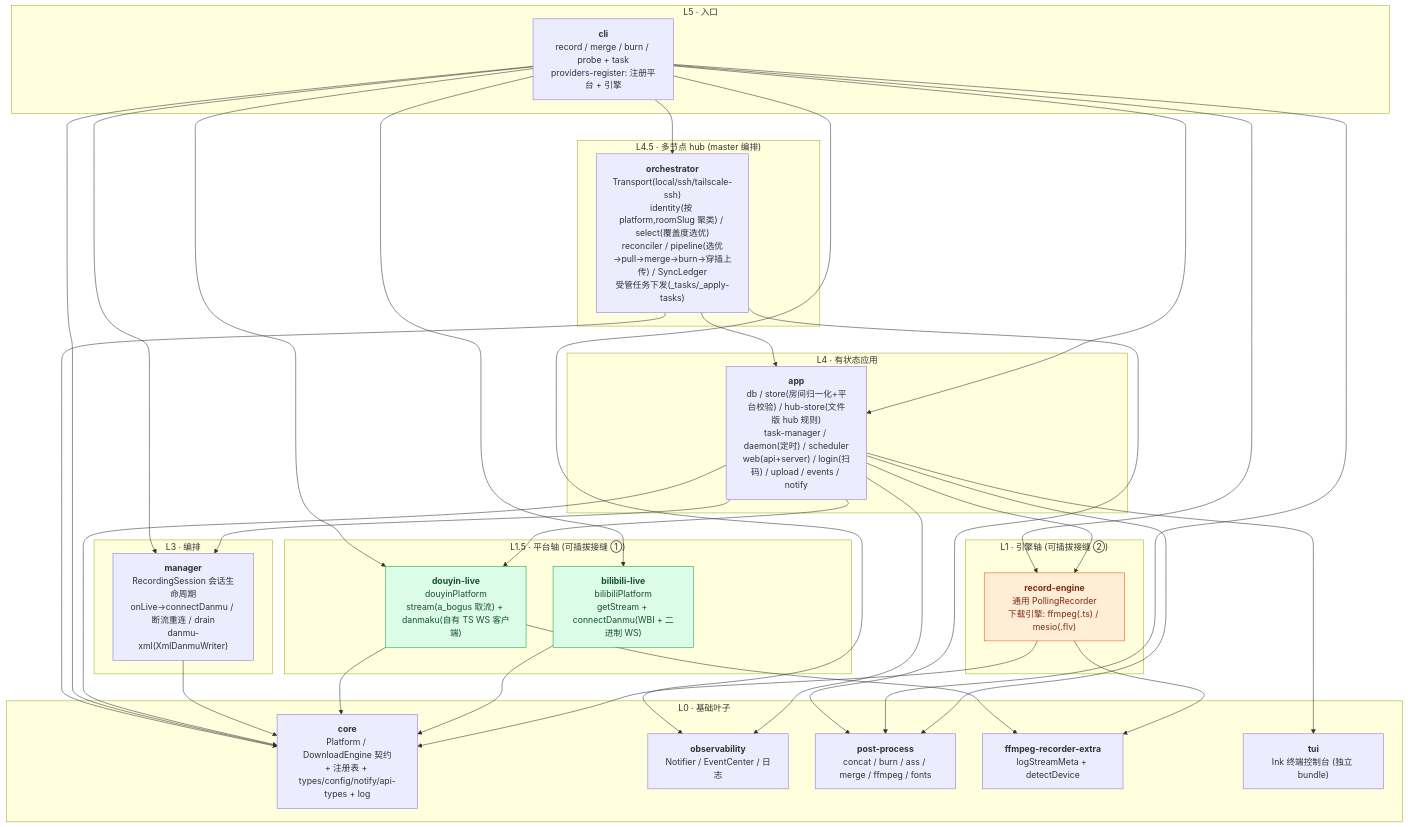
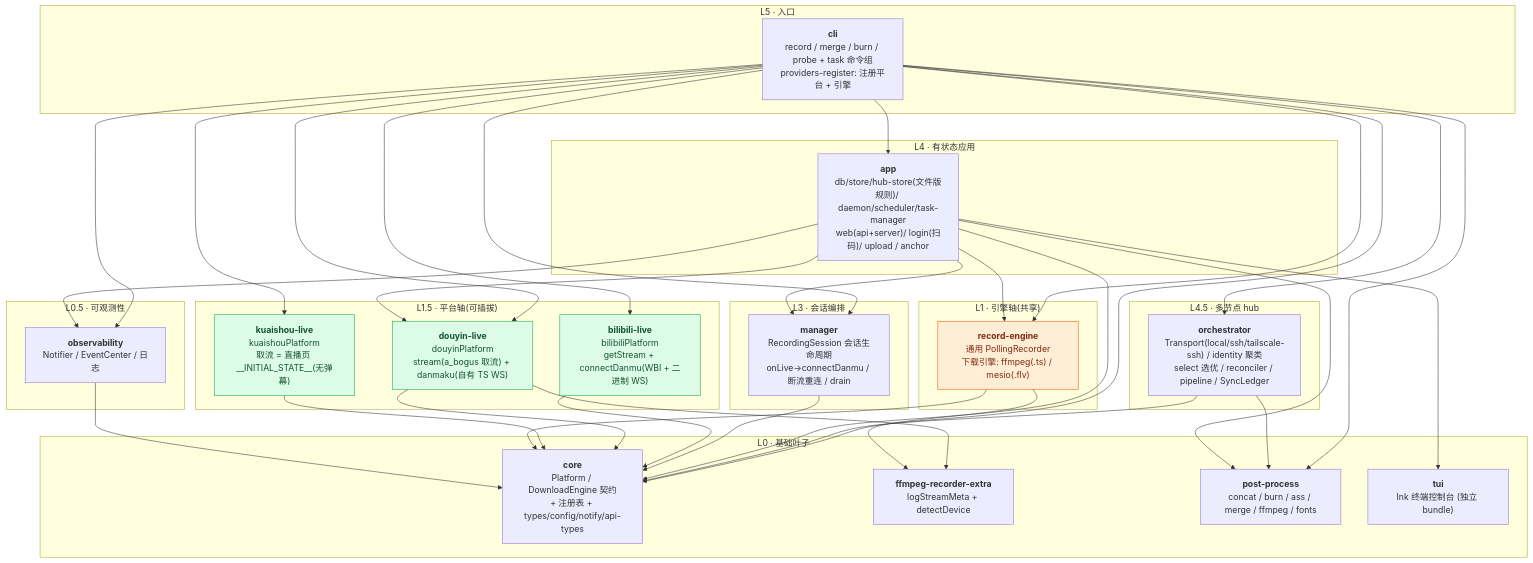
Before and after one commit to fuyucn/douyin-rec: the first of 3 diagrams in docs/architecture.md, drawn with Mermaid. The commit also changed other lines of this file and 4 other files, not shown here.

First line of the commit message:
docs(arch): mermaid 依赖图也改为生成 + 漂移守护测试

````diff
--- a/docs/architecture.md
+++ b/docs/architecture.md
@@ -20,60 +22,65 @@
 ```mermaid
 flowchart TB
   subgraph L5["L5 · 入口"]
-    cli["<b>cli</b><br/>record / merge / burn / probe + task<br/>providers-register: 注册平台 + 引擎"]
+    cli["<b>cli</b><br/>record / merge / burn / probe + task 命令组<br/>providers-register: 注册平台 + 引擎"]
   end
-  subgraph L45["L4.5 · 多节点 hub (master 编排)"]
-    orch["<b>orchestrator</b><br/>Transport(local/ssh/tailscale-ssh)<br/>identity(按 platform,roomSlug 聚类) / select(覆盖度选优)<br/>reconciler / pipeline(选优→pull→merge→burn→穿插上传) / SyncLedger<br/>受管任务下发(_tasks/_apply-tasks)"]
+  subgraph L45["L4.5 · 多节点 hub"]
+    orch["<b>orchestrator</b><br/>Transport(local/ssh/tailscale-ssh) / identity 聚类<br/>select 选优 / reconciler / pipeline / SyncLedger"]
   end
   subgraph L4["L4 · 有状态应用"]
-    app["<b>app</b><br/>db / store(房间归一化+平台校验) / hub-store(文件版 hub 规则)<br/>task-manager / daemon(定时) / scheduler<br/>web(api+server) / login(扫码) / upload / events / notify"]
+    app["<b>app</b><br/>db/store/hub-store(文件版规则)/ daemon/scheduler/task-manager<br/>web(api+server)/ login(扫码)/ upload / anchor"]
   end
-  subgraph L3["L3 · 编排"]
-    manager["<b>manager</b><br/>RecordingSession 会话生命周期<br/>onLive→connectDanmu / 断流重连 / drain<br/>danmu-xml(XmlDanmuWriter)"]
+  subgraph L3["L3 · 会话编排"]
+    manager["<b>manager</b><br/>RecordingSession 会话生命周期<br/>onLive→connectDanmu / 断流重连 / drain"]
   end
-  subgraph L15["L1.5 · 平台轴 (可插拔接缝 ①)"]
-    douyin["<b>douyin-live</b><br/>douyinPlatform<br/>stream(a_bogus 取流) + danmaku(自有 TS WS 客户端)"]
+  subgraph L15["L1.5 · 平台轴(可插拔)"]
     bilibili["<b>bilibili-live</b><br/>bilibiliPlatform<br/>getStream + connectDanmu(WBI + 二进制 WS)"]
+    douyin["<b>douyin-live</b><br/>douyinPlatform<br/>stream(a_bogus 取流) + danmaku(自有 TS WS)"]
+    kuaishou["<b>kuaishou-live</b><br/>kuaishouPlatform<br/>取流 = 直播页 __INITIAL_STATE__(无弹幕)"]
   end
-  subgraph L1["L1 · 引擎轴 (可插拔接缝 ②)"]
+  subgraph L1["L1 · 引擎轴(共享)"]
     engine["<b>record-engine</b><br/>通用 PollingRecorder<br/>下载引擎: ffmpeg(.ts) / mesio(.flv)"]
   end
+  subgraph L05["L0.5 · 可观测性"]
+    observ["<b>observability</b><br/>Notifier / EventCenter / 日志"]
+  end
   subgraph L0["L0 · 基础叶子"]
-    core["<b>core</b><br/>Platform / DownloadEngine 契约<br/>+ 注册表 + types/config/notify/api-types + log"]
-    observ["<b>observability</b><br/>Notifier / EventCenter / 日志"]
+    core["<b>core</b><br/>Platform / DownloadEngine 契约<br/>+ 注册表 + types/config/notify/api-types"]
+    extra["<b>ffmpeg-recorder-extra</b><br/>logStreamMeta + detectDevice"]
     post["<b>post-process</b><br/>concat / burn / ass / merge / ffmpeg / fonts"]
-    extra["<b>ffmpeg-recorder-extra</b><br/>logStreamMeta + detectDevice"]
     tui["<b>tui</b><br/>Ink 终端控制台 (独立 bundle)"]
   end
 
+  cli --> app
+  cli --> bilibili
+  cli --> core
+  cli --> douyin
+  cli --> kuaishou
+  cli --> manager
+  cli --> observ
   cli --> orch
-  orch --> app
+  cli --> post
+  cli --> engine
+  orch --> core
   orch --> post
-  orch --> core
-  cli --> app
-  cli --> observ
-  cli --> manager
-  cli --> douyin
-  cli --> bilibili
-  cli --> engine
-  cli --> post
-  cli --> core
+  app --> core
+  app --> douyin
   app --> manager
   app --> observ
-  app --> douyin
+  app --> post
   app --> engine
-  app --> post
   app --> tui
-  app --> core
   manager --> core
+  bilibili --> core
   douyin --> core
   douyin --> extra
-  bilibili --> core
+  kuaishou --> core
   engine --> core
   engine --> extra
+  observ --> core
 
   classDef axisPlat fill:#dcfce7,stroke:#16a34a,color:#14532d;
   classDef axisEng fill:#ffedd5,stroke:#ea580c,color:#7c2d12;
-  class douyin,bilibili axisPlat;
+  class bilibili,douyin,kuaishou axisPlat;
   class engine axisEng;
 ```
````
